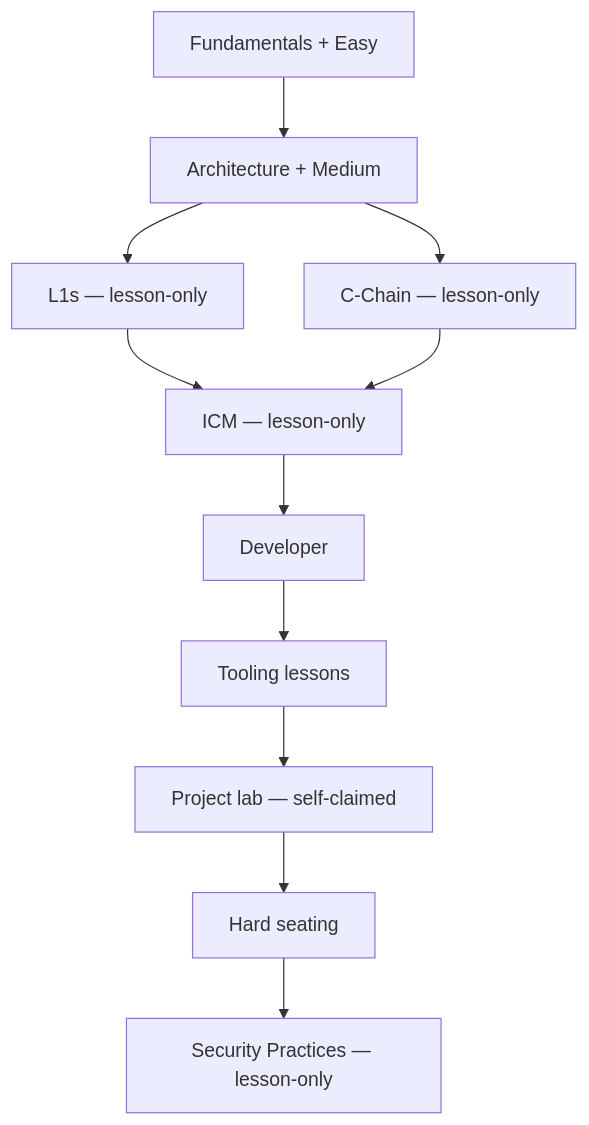
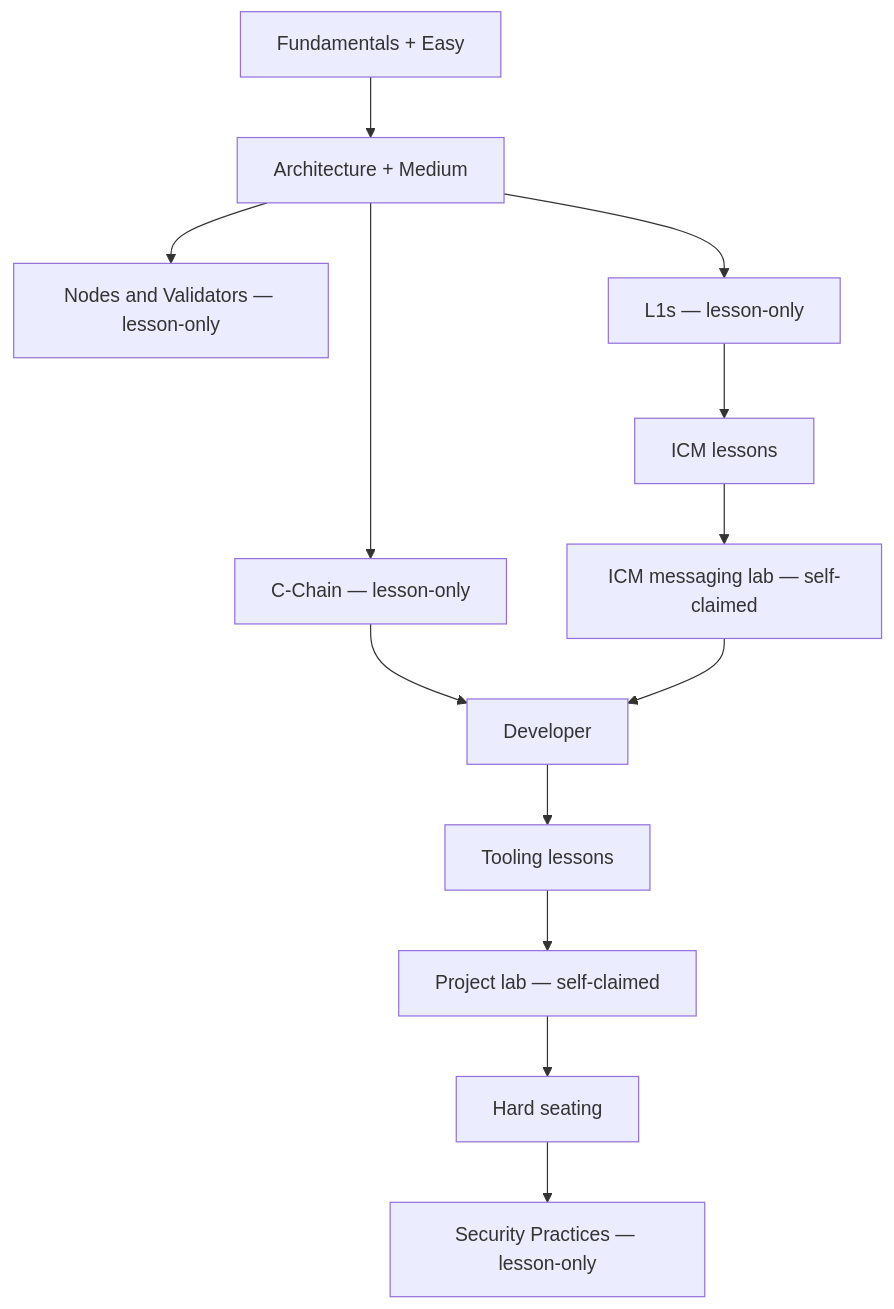
One commit to Talent-Index/forj changed the third of 6 diagrams in docs/FLOWCHART.md. Above: the diagram before and after it, drawn with Mermaid. The commit also changed other lines of this file and 9 other files, not shown here.

````diff
--- a/docs/FLOWCHART.md
+++ b/docs/FLOWCHART.md
@@ -53,13 +53,15 @@
 ```mermaid
 flowchart TD
   F[Fundamentals + Easy] --> A[Architecture + Medium]
+  A --> N[Nodes and Validators — lesson-only]
   A --> L[L1s — lesson-only]
   A --> C[C-Chain — lesson-only]
-  L --> I[ICM — lesson-only]
-  C --> I
-  I --> D[Developer]
+  L --> I[ICM lessons]
+  I --> IP[ICM messaging lab — self-claimed]
+  C --> D[Developer]
+  IP --> D
   D --> DL[Tooling lessons]
   DL --> DP[Project lab — self-claimed]
   DP --> DQ[Hard seating]
   DQ --> S[Security Practices — lesson-only]
 ```
````
